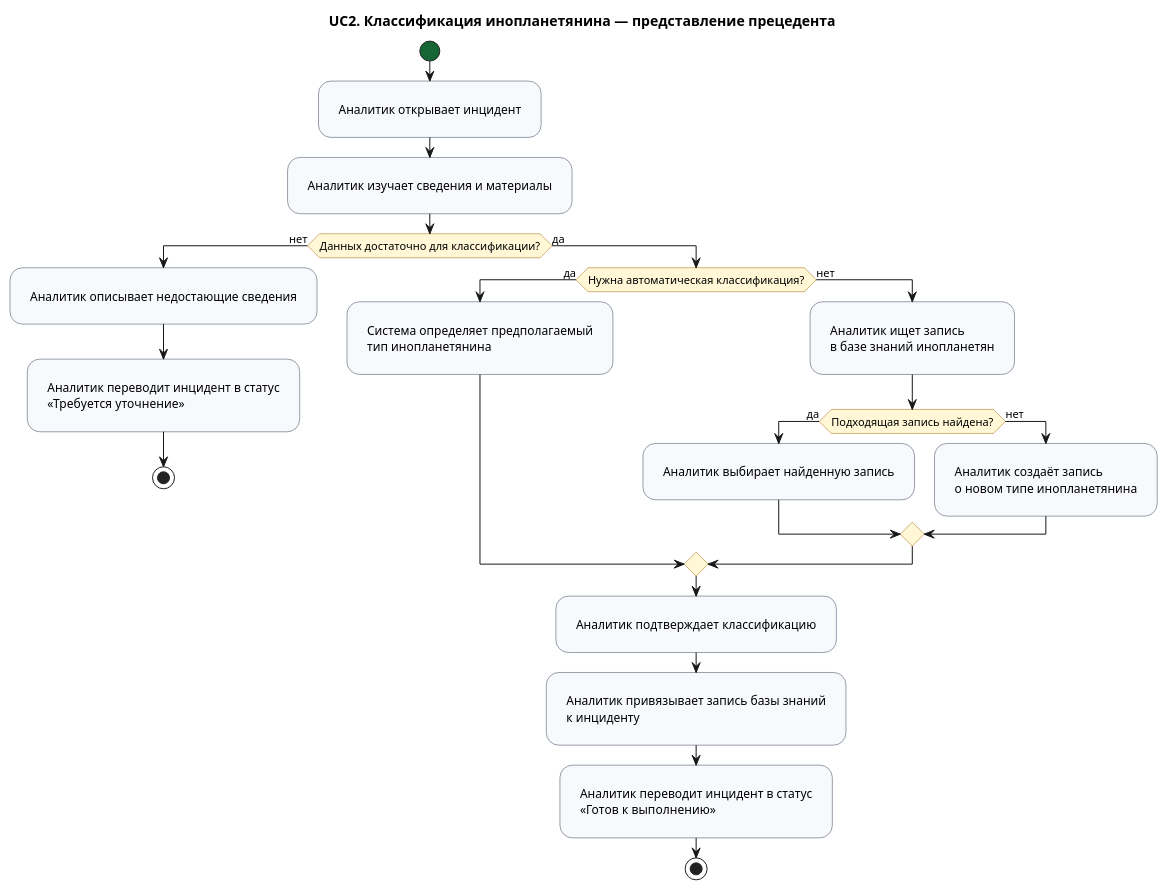
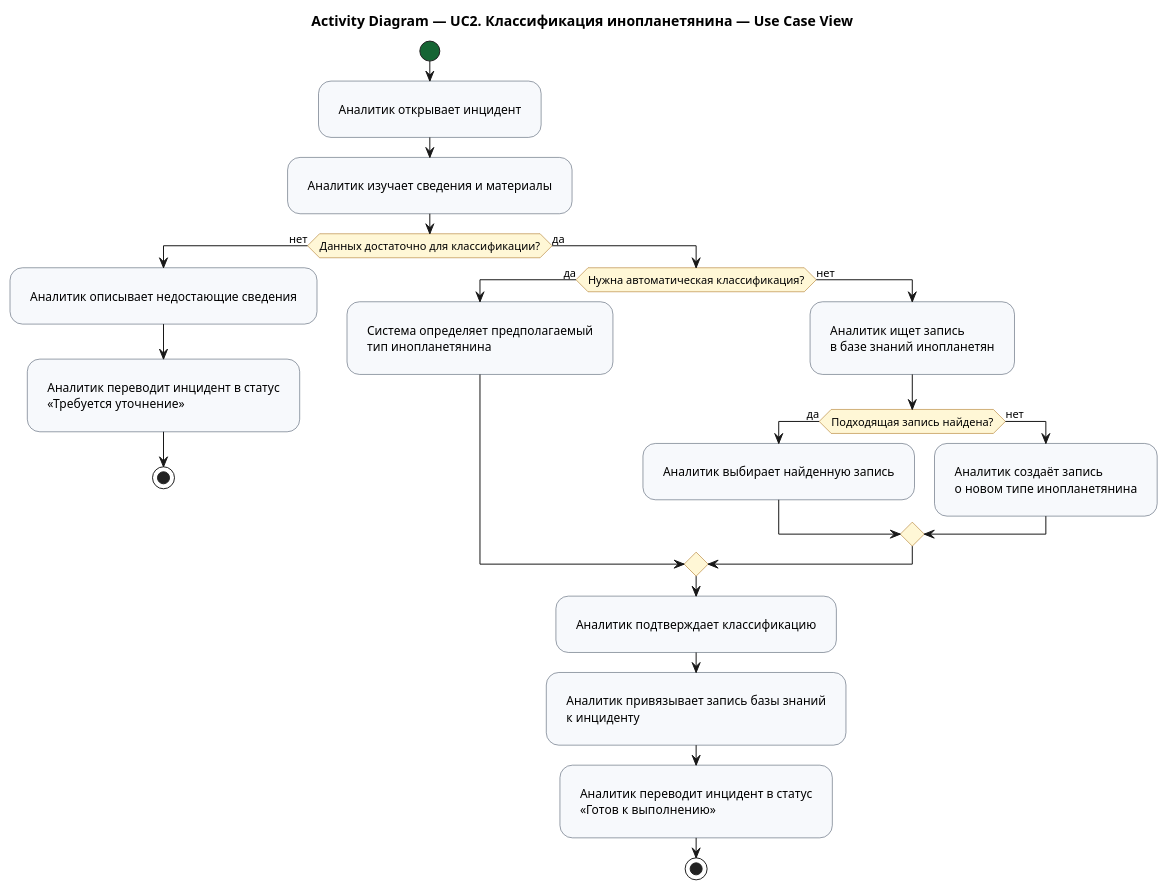
Before and after one commit to Andryss/AIMS: the first of 3 diagrams in docs/activity/UC2.md, drawn with PlantUML. The commit also changed other lines of this file and 31 other files, not shown here.

````diff
--- a/docs/activity/UC2.md
+++ b/docs/activity/UC2.md
@@ -3,55 +3,55 @@
 ```plantuml
 @startuml aims_uc2_activity_use_case_view
-title UC2. Классификация инопланетянина — представление прецедента
+title Activity Diagram — UC2. Классификация инопланетянина — Use Case View
 scale max 3800 width
 
 skinparam shadowing false
 skinparam activity {
   BackgroundColor #F7F9FC
   BorderColor #334155
   DiamondBackgroundColor #FFF7D6
   DiamondBorderColor #A16207
   StartColor #166534
   EndColor #991B1B
 }
 
 <style>
 activityDiagram {
   activity {
     Padding 20
   }
 }
 </style>
 
 start
 :Аналитик открывает инцидент;
 :Аналитик изучает сведения и материалы;
 if (Данных достаточно для классификации?) then (нет)
   :Аналитик описывает недостающие сведения;
   :Аналитик переводит инцидент в статус
   «Требуется уточнение»;
   stop
 else (да)
   if (Нужна автоматическая классификация?) then (да)
     :Система определяет предполагаемый
     тип инопланетянина;
   else (нет)
     :Аналитик ищет запись
     в базе знаний инопланетян;
     if (Подходящая запись найдена?) then (да)
       :Аналитик выбирает найденную запись;
     else (нет)
       :Аналитик создаёт запись
       о новом типе инопланетянина;
     endif
   endif
 
   :Аналитик подтверждает классификацию;
   :Аналитик привязывает запись базы знаний
   к инциденту;
   :Аналитик переводит инцидент в статус
   «Готов к выполнению»;
   stop
 endif
 @enduml
 ```
````
